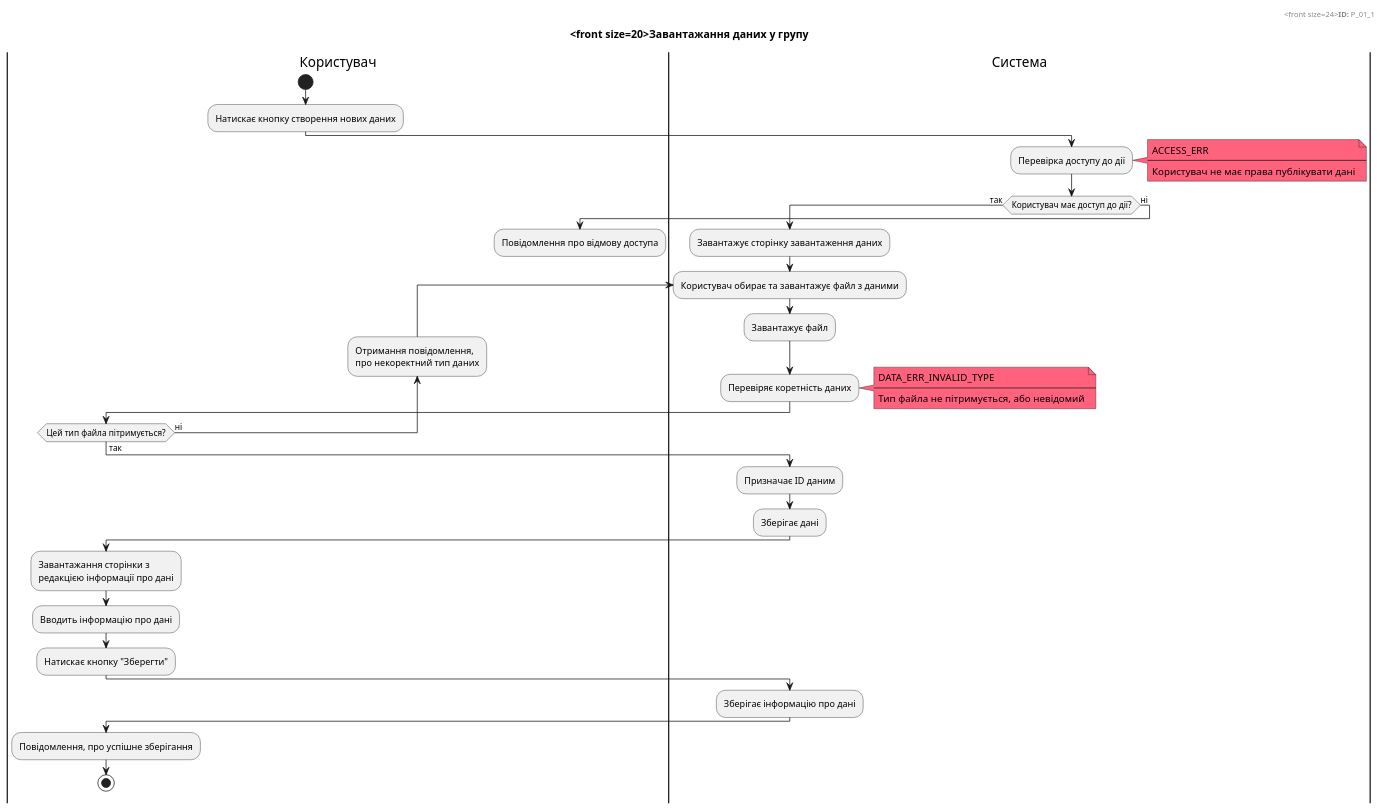
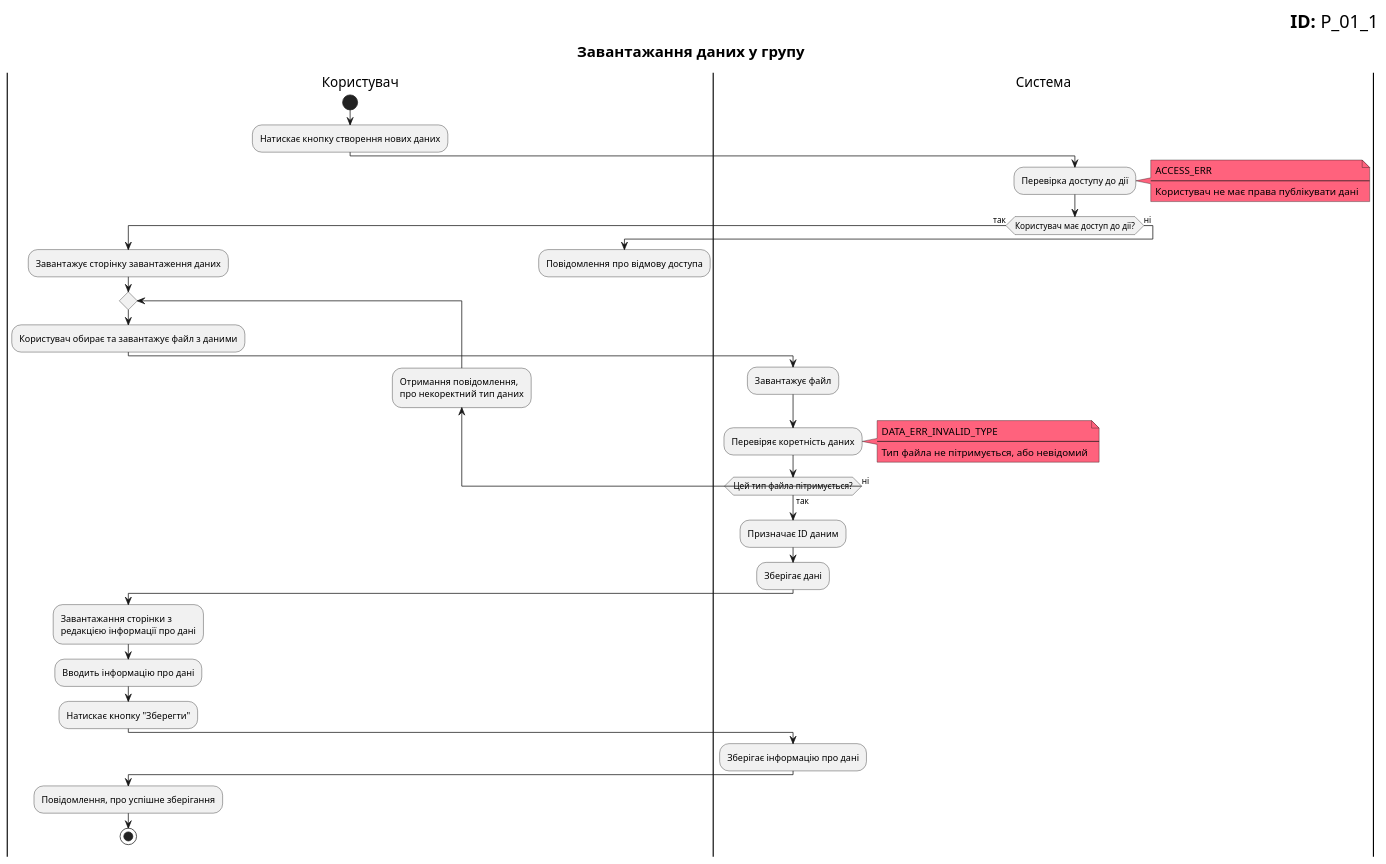
Diagram 11 of 15 in docs/use cases/README.md (kkatkot/Theme2), drawn with PlantUML before and after one commit. The commit also changed other lines of this file, not shown here.

```diff
--- a/docs/use cases/README.md
+++ b/docs/use cases/README.md
@@ -602,62 +602,68 @@
 @startuml
 
     right header
-        <front size=24><b>ID:</b> P_01_1
+        <font size=24 color=black><b>ID:</b> P_01_1
     end header
 
     title
-        <front size=20>Завантажання даних у групу
+        <font size=20>Завантажання даних у групу
     end title
 
     |Користувач|
     start
     :Натискає кнопку створення нових даних;
 
     |Система|
     :Перевірка доступу до дії;
     note right #ff627d
         ACCESS_ERR
         ----
         Користувач не має права публікувати дані
     end note
 
+    
     if (Користувач має доступ до дії?) then (так)
 
+        |Користувач|
         :Завантажує сторінку завантаження даних;
-        repeat :Користувач обирає та завантажує файл з даними;
         
+        repeat 
+        |Користувач|
+        :Користувач обирає та завантажує файл з даними;
+
             |Система|
             :Завантажує файл;
             :Перевіряє коретність даних;
             note right #ff627d
                 DATA_ERR_INVALID_TYPE
                 ----
                 Тип файла не пітримується, або невідомий
             end note
 
             |Користувач|
             backward :Отримання повідомлення,\nпро некоректний тип даних;
 
+        |Система|
         repeat while (Цей тип файла пітримується?) is (ні) not (так) 
         
         |Система|
         :Призначає ID даним;
         :Зберігає дані;
 
         |Користувач|
         :Завантажання сторінки з\nредакцією інформації про дані;
         :Вводить інформацію про дані;
         :Натискає кнопку "Зберегти";
             
         |Система|
         :Зберігає інформацію про дані;
 
         |Користувач|
         :Повідомлення, про успішне зберігання;
 
         stop
     else (ні)
         :Повідомлення про відмову доступа;
         kill
 
 @enduml
```
